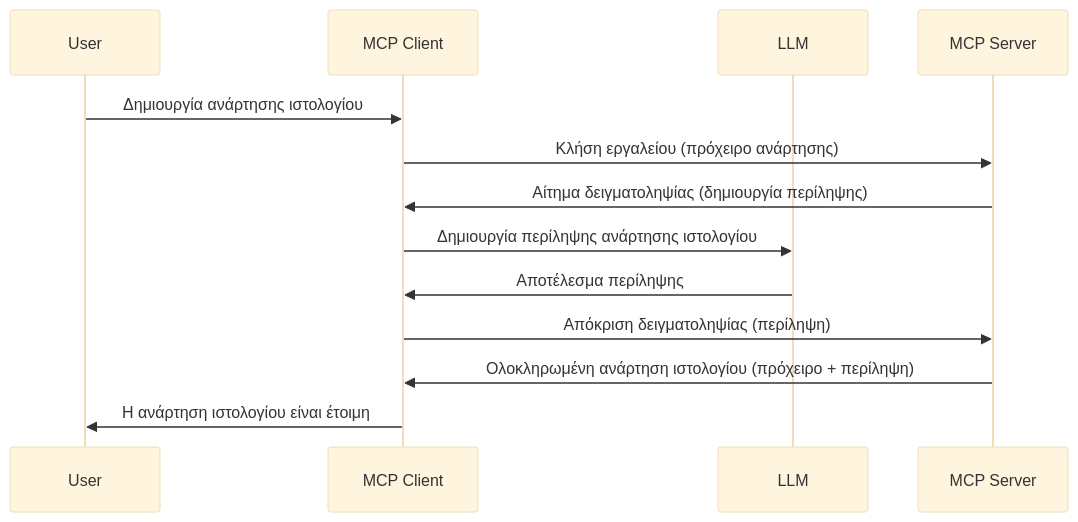
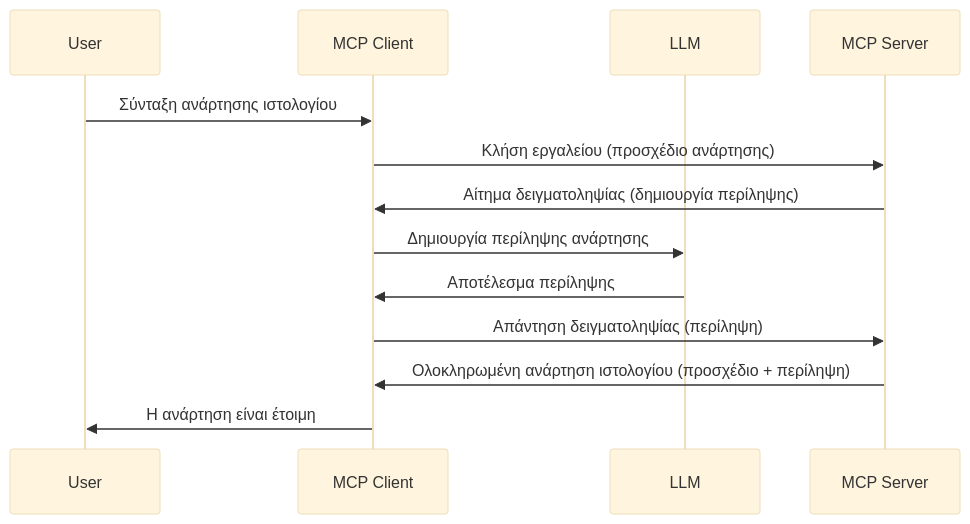
Before and after one commit to HIDORAKAI002/ai-workspace-archive: the diagram in mcp_ecosystem__model_context_protocol/mcp_learning_resources/mcp-for-beginners/translations/el/03-GettingStarted/14-sampling/README.md, drawn with Mermaid (base theme). The commit also changed other lines of this file and 1160 other files, not shown here.

````diff
--- a/mcp_ecosystem__model_context_protocol/mcp_learning_resources/mcp-for-beginners/translations/el/03-GettingStarted/14-sampling/README.md
+++ b/mcp_ecosystem__model_context_protocol/mcp_learning_resources/mcp-for-beginners/translations/el/03-GettingStarted/14-sampling/README.md
@@ -23,16 +23,16 @@
 ```mermaid
 sequenceDiagram
     participant User
     participant MCP Client
     participant LLM
     participant MCP Server
 
-    User->>MCP Client: Δημιουργία ανάρτησης ιστολογίου
-    MCP Client->>MCP Server: Κλήση εργαλείου (πρόχειρο ανάρτησης)
+    User->>MCP Client: Σύνταξη ανάρτησης ιστολογίου
+    MCP Client->>MCP Server: Κλήση εργαλείου (προσχέδιο ανάρτησης)
     MCP Server->>MCP Client: Αίτημα δειγματοληψίας (δημιουργία περίληψης)
-    MCP Client->>LLM: Δημιουργία περίληψης ανάρτησης ιστολογίου
+    MCP Client->>LLM: Δημιουργία περίληψης ανάρτησης
     LLM->>MCP Client: Αποτέλεσμα περίληψης
-    MCP Client->>MCP Server: Απόκριση δειγματοληψίας (περίληψη)
-    MCP Server->>MCP Client: Ολοκληρωμένη ανάρτηση ιστολογίου (πρόχειρο + περίληψη)
-    MCP Client->>User: Η ανάρτηση ιστολογίου είναι έτοιμη
+    MCP Client->>MCP Server: Απάντηση δειγματοληψίας (περίληψη)
+    MCP Server->>MCP Client: Ολοκληρωμένη ανάρτηση ιστολογίου (προσχέδιο + περίληψη)
+    MCP Client->>User: Η ανάρτηση είναι έτοιμη
 ```
````
